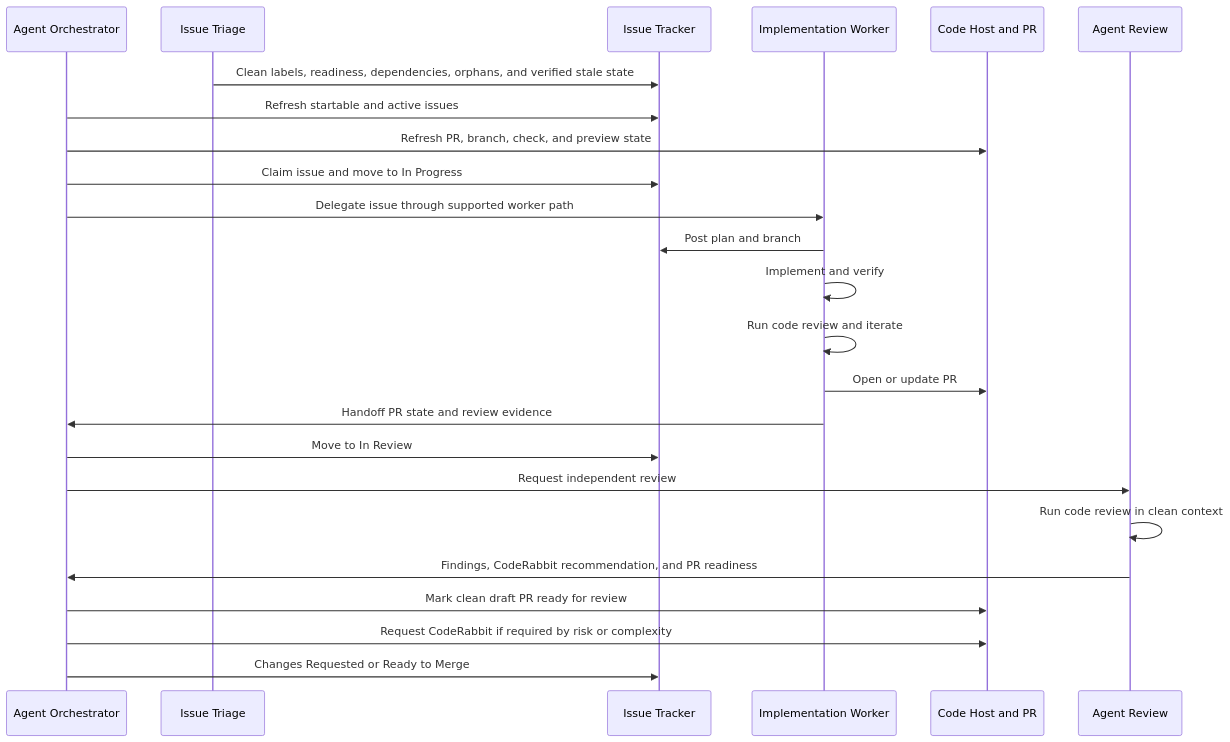
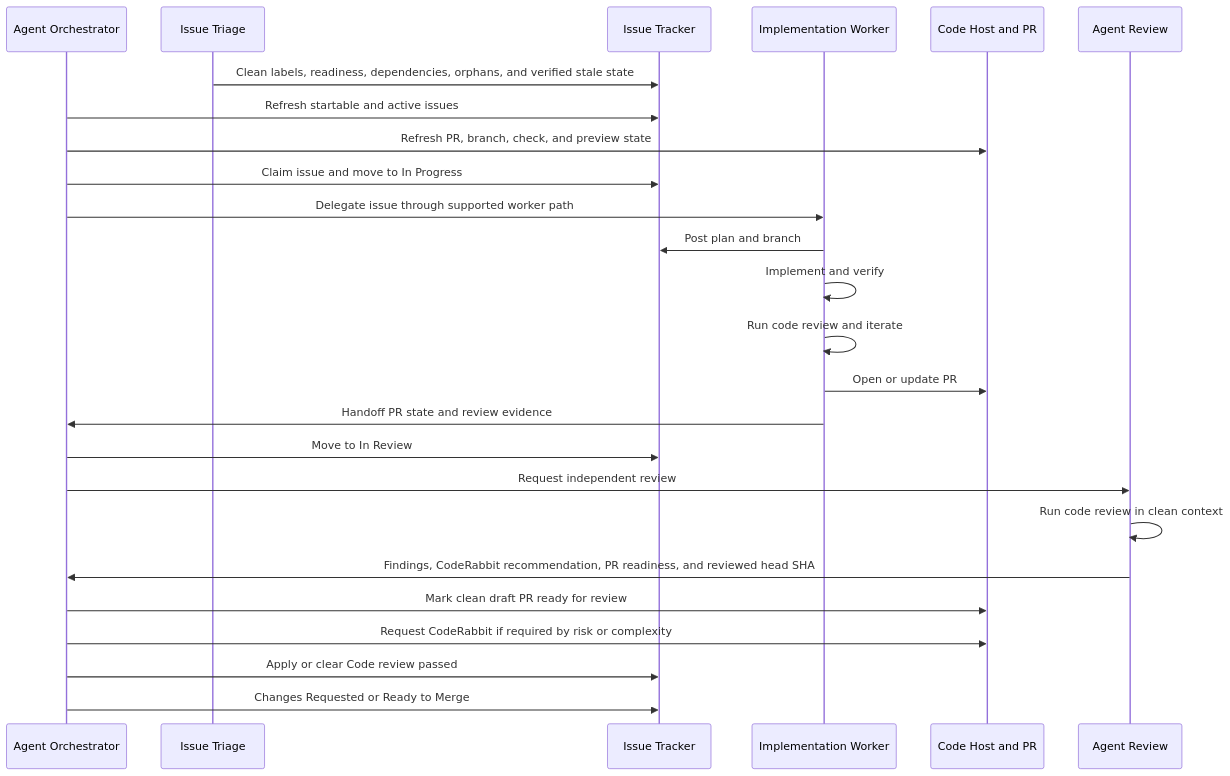
One commit to zaks-io/skills changed the second of 2 diagrams in docs/agent-workflow.md. Above: the diagram before and after it, drawn with Mermaid. The commit also changed other lines of this file and 12 other files, not shown here.

Commit message:
docs: document code review passed label

````diff
--- a/docs/agent-workflow.md
+++ b/docs/agent-workflow.md
@@ -160,27 +168,28 @@
 ```mermaid
 sequenceDiagram
   participant Q as Agent Orchestrator
   participant I as Issue Triage
   participant T as Issue Tracker
   participant W as Implementation Worker
   participant G as Code Host and PR
   participant R as Agent Review
 
   I->>T: Clean labels, readiness, dependencies, orphans, and verified stale state
   Q->>T: Refresh startable and active issues
   Q->>G: Refresh PR, branch, check, and preview state
   Q->>T: Claim issue and move to In Progress
   Q->>W: Delegate issue through supported worker path
   W->>T: Post plan and branch
   W->>W: Implement and verify
   W->>W: Run code review and iterate
   W->>G: Open or update PR
   W->>Q: Handoff PR state and review evidence
   Q->>T: Move to In Review
   Q->>R: Request independent review
   R->>R: Run code review in clean context
-  R->>Q: Findings, CodeRabbit recommendation, and PR readiness
+  R->>Q: Findings, CodeRabbit recommendation, PR readiness, and reviewed head SHA
   Q->>G: Mark clean draft PR ready for review
   Q->>G: Request CodeRabbit if required by risk or complexity
+  Q->>T: Apply or clear Code review passed
   Q->>T: Changes Requested or Ready to Merge
 ```
````
